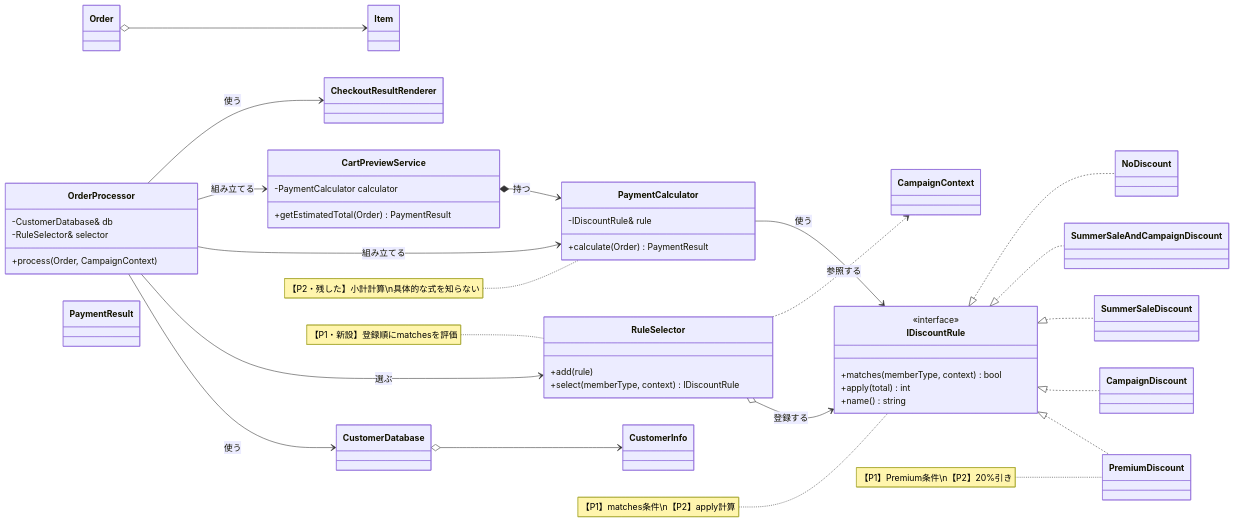
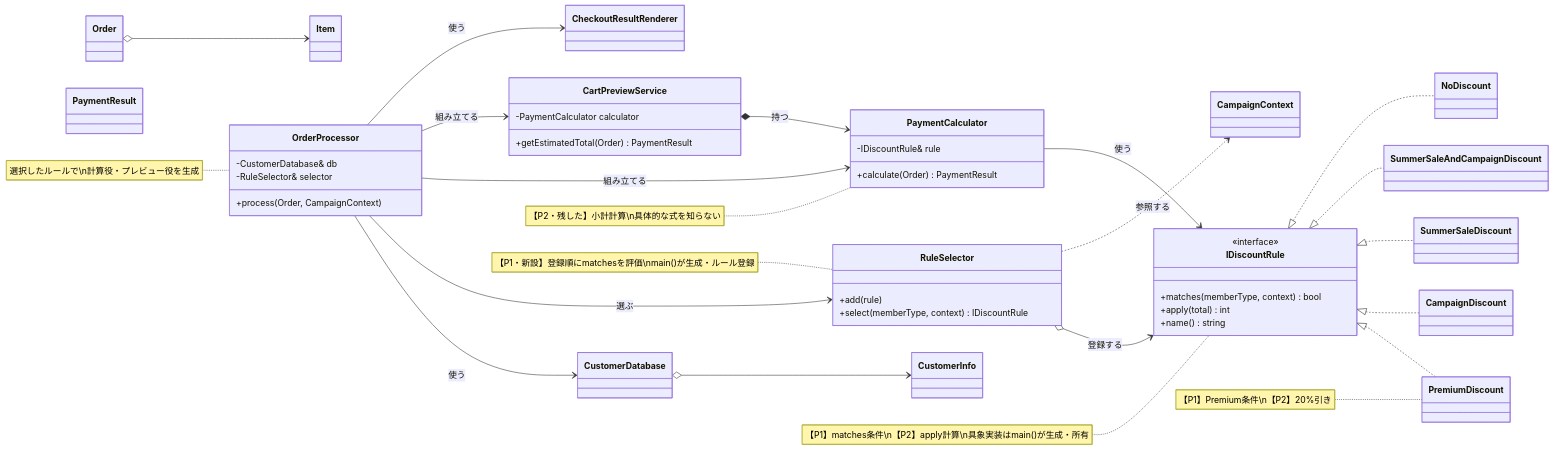
Before and after one commit to kumachan1101-pixel/DesignPattern: the sixth of 11 diagrams in kindle/design-patterns/output/chapter01.md, drawn with Mermaid. The commit also changed other lines of this file and 1 other file, not shown here.

````diff
--- a/kindle/design-patterns/output/chapter01.md
+++ b/kindle/design-patterns/output/chapter01.md
@@ -1156,64 +1136,65 @@
 ```mermaid
 classDiagram
     direction LR
     class Item
     class Order
     class CampaignContext
     class CustomerInfo
     class CustomerDatabase
     class CheckoutResultRenderer
     class OrderProcessor {
         -CustomerDatabase& db
         -RuleSelector& selector
         +process(Order, CampaignContext)
     }
     class PaymentResult
     class PaymentCalculator {
         -IDiscountRule& rule
         +calculate(Order) PaymentResult
     }
     class CartPreviewService {
         -PaymentCalculator calculator
         +getEstimatedTotal(Order) PaymentResult
     }
     class IDiscountRule {
         <<interface>>
         +matches(memberType, context) bool
         +apply(total) int
         +name() string
     }
     class RuleSelector {
         +add(rule)
         +select(memberType, context) IDiscountRule
     }
     class PremiumDiscount
     class CampaignDiscount
     class SummerSaleDiscount
     class SummerSaleAndCampaignDiscount
     class NoDiscount
 
     Order o--> Item
     CustomerDatabase o--> CustomerInfo
     OrderProcessor --> CustomerDatabase : 使う
     OrderProcessor --> RuleSelector : 選ぶ
     OrderProcessor --> PaymentCalculator : 組み立てる
     OrderProcessor --> CartPreviewService : 組み立てる
     OrderProcessor --> CheckoutResultRenderer : 使う
     CartPreviewService *--> PaymentCalculator : 持つ
     PaymentCalculator --> IDiscountRule : 使う
     RuleSelector o--> IDiscountRule : 登録する
     RuleSelector ..> CampaignContext : 参照する
     IDiscountRule <|.. PremiumDiscount
     IDiscountRule <|.. CampaignDiscount
     IDiscountRule <|.. SummerSaleDiscount
     IDiscountRule <|.. SummerSaleAndCampaignDiscount
     IDiscountRule <|.. NoDiscount
 
     note for PaymentCalculator "【P2・残した】小計計算\n具体的な式を知らない"
-    note for IDiscountRule "【P1】matches条件\n【P2】apply計算"
-    note for RuleSelector "【P1・新設】登録順にmatchesを評価"
+    note for OrderProcessor "選択したルールで\n計算役・プレビュー役を生成"
+    note for IDiscountRule "【P1】matches条件\n【P2】apply計算\n具象実装はmain()が生成・所有"
+    note for RuleSelector "【P1・新設】登録順にmatchesを評価\nmain()が生成・ルール登録"
     note for PremiumDiscount "【P1】Premium条件\n【P2】20%引き"
 
     classDef focus fill:#FFF2CC,stroke:#D6B656,stroke-width:2px,color:#222222
-    cssClass "PaymentCalculator,IDiscountRule,RuleSelector,PremiumDiscount,CampaignDiscount,SummerSaleDiscount,SummerSaleAndCampaignDiscount,NoDiscount" focus
+    cssClass "OrderProcessor,PaymentCalculator,IDiscountRule,RuleSelector,PremiumDiscount,CampaignDiscount,SummerSaleDiscount,SummerSaleAndCampaignDiscount,NoDiscount" focus
 ```
````
